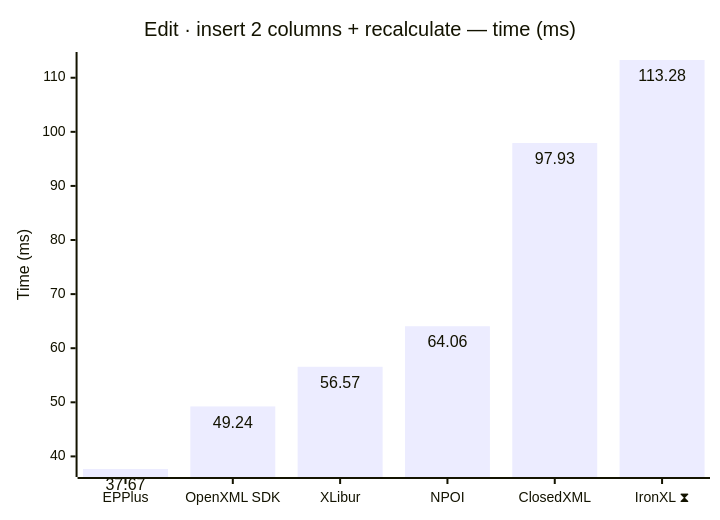
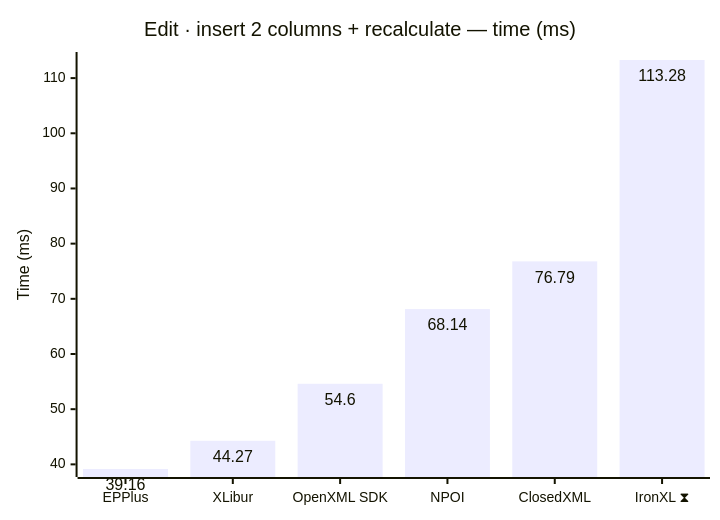
Before and after one commit to jafin/XLBench: diagram 11 of 12 in docs/results-ci.md, drawn with Mermaid. The commit also changed other lines of this file, not shown here.

````diff
--- a/docs/results-ci.md
+++ b/docs/results-ci.md
@@ -171,12 +171,12 @@
 ```mermaid
 ---
 config:
   xyChart:
     showDataLabel: true
 ---
 xychart-beta
     title "Edit · insert 2 columns + recalculate — time (ms)"
-    x-axis ["EPPlus", "OpenXML SDK", "XLibur", "NPOI", "ClosedXML", "IronXL ⧗"]
+    x-axis ["EPPlus", "XLibur", "OpenXML SDK", "NPOI", "ClosedXML", "IronXL ⧗"]
     y-axis "Time (ms)"
-    bar [37.67, 49.24, 56.57, 64.06, 97.93, 113.28]
+    bar [39.16, 44.27, 54.6, 68.14, 76.79, 113.28]
 ```
````
